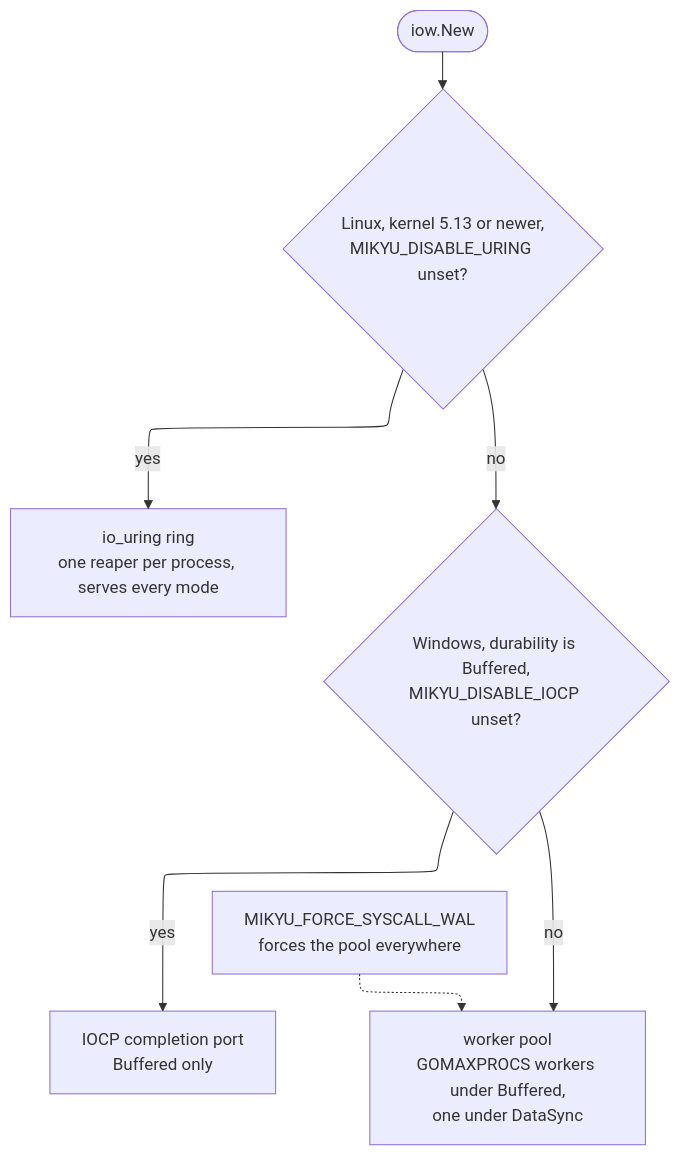
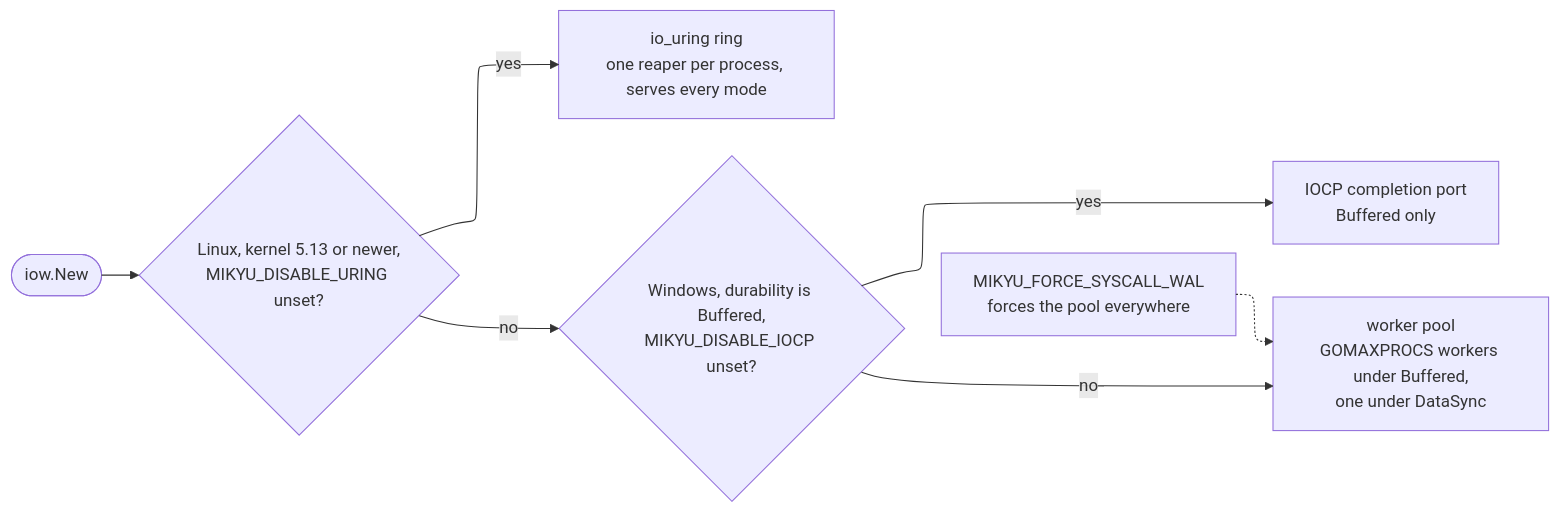
Before and after one commit to dmunish/mikyu: diagram 11 of 15 in ARCHITECTURE.md, drawn with Mermaid. The commit also changed other lines of this file, not shown here.

Commit message:
[docs] ARCHITECTURE: rotate diagrams to be L->R

````diff
--- a/ARCHITECTURE.md
+++ b/ARCHITECTURE.md
@@ -479,16 +479,16 @@
 ```mermaid
 ---
 config:
   layout: elk
   themeVariables:
     fontFamily: "IBM Plex Mono, monospace"
 ---
-flowchart TD
+flowchart LR
     START(["iow.New"]) --> Q1{"Linux, kernel 5.13 or newer,<br/>MIKYU_DISABLE_URING unset?"}
     Q1 -->|yes| RING["io_uring ring<br/>one reaper per process, serves every mode"]
     Q1 -->|no| Q2{"Windows, durability is Buffered,<br/>MIKYU_DISABLE_IOCP unset?"}
     Q2 -->|yes| IOCP["IOCP completion port<br/>Buffered only"]
     Q2 -->|no| POOL["worker pool<br/>GOMAXPROCS workers under Buffered,<br/>one under DataSync"]
 
     FORCE["MIKYU_FORCE_SYSCALL_WAL<br/>forces the pool everywhere"] -.-> POOL
 ```
````
